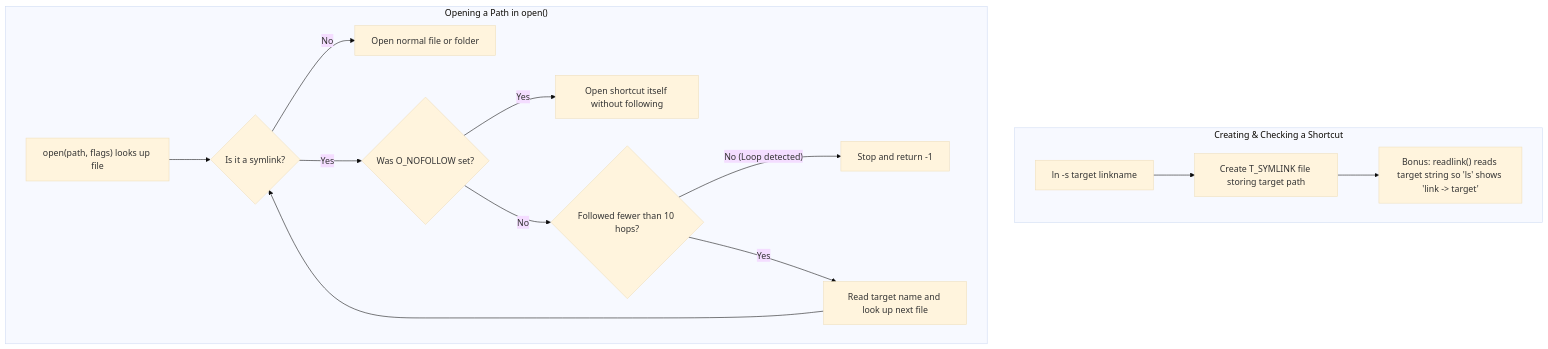
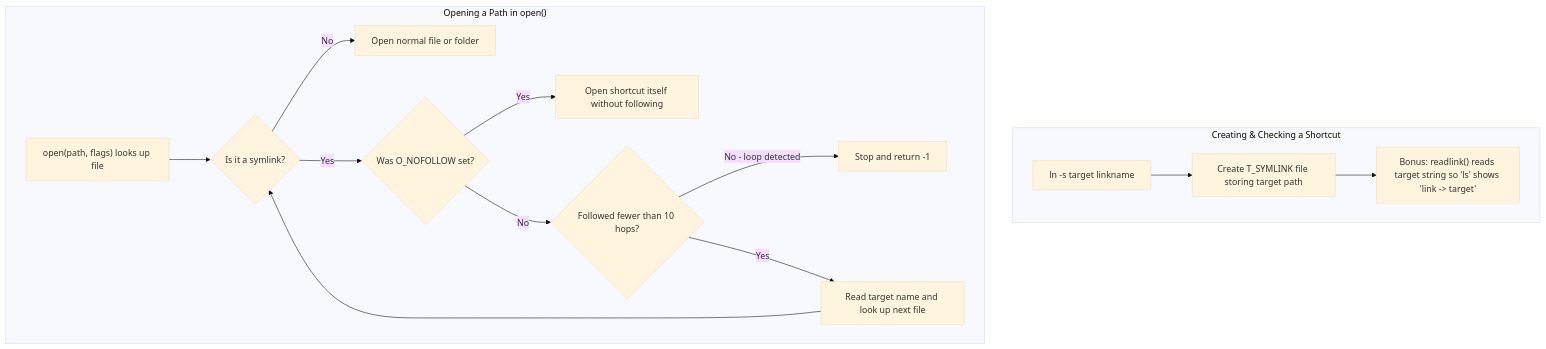
One commit to asbahkhan67-ctrl/xv6-riscv changed diagram 18 of 21 in README.md. Above: the diagram before and after it, drawn with Mermaid (base theme). The commit also changed other lines of this file and 167 other files, not shown here.

````diff
--- a/README.md
+++ b/README.md
@@ -1100,18 +1000,18 @@
 ```mermaid
 flowchart TD
     subgraph Make["Creating & Checking a Shortcut"]
         C1["ln -s target linkname"] --> C2["Create T_SYMLINK file storing target path"]
         C2 --> C3["Bonus: readlink() reads target string so 'ls' shows 'link -> target'"]
     end
 
     subgraph Open["Opening a Path in open()"]
         O1["open(path, flags) looks up file"] --> O2{"Is it a symlink?"}
-        O2 -- "No" --> O3["Open normal file or folder"]
-        O2 -- "Yes" --> O4{"Was O_NOFOLLOW set?"}
-        O4 -- "Yes" --> O5["Open shortcut itself without following"]
-        O4 -- "No" --> O6{"Followed fewer than 10 hops?"}
-        O6 -- "No (Loop detected)" --> ERR["Stop and return -1"]
-        O6 -- "Yes" --> O7["Read target name and look up next file"]
+        O2 -->|No| O3["Open normal file or folder"]
+        O2 -->|Yes| O4{"Was O_NOFOLLOW set?"}
+        O4 -->|Yes| O5["Open shortcut itself without following"]
+        O4 -->|No| O6{"Followed fewer than 10 hops?"}
+        O6 -->|No - loop detected| ERR["Stop and return -1"]
+        O6 -->|Yes| O7["Read target name and look up next file"]
         O7 --> O2
     end
 ```
````
